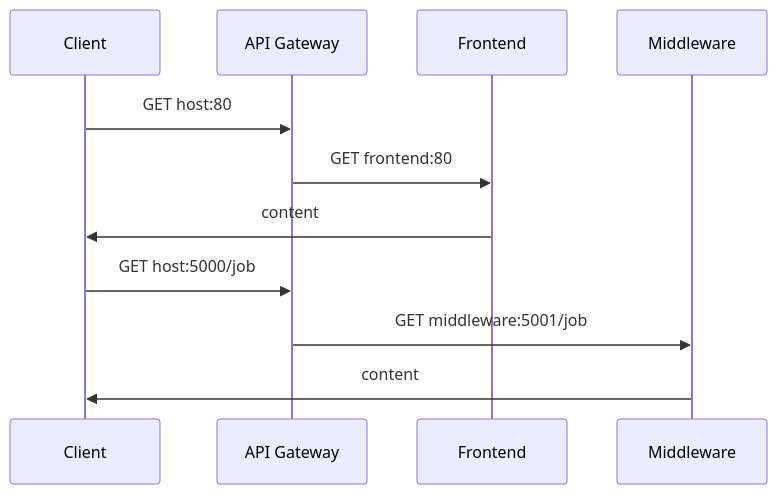
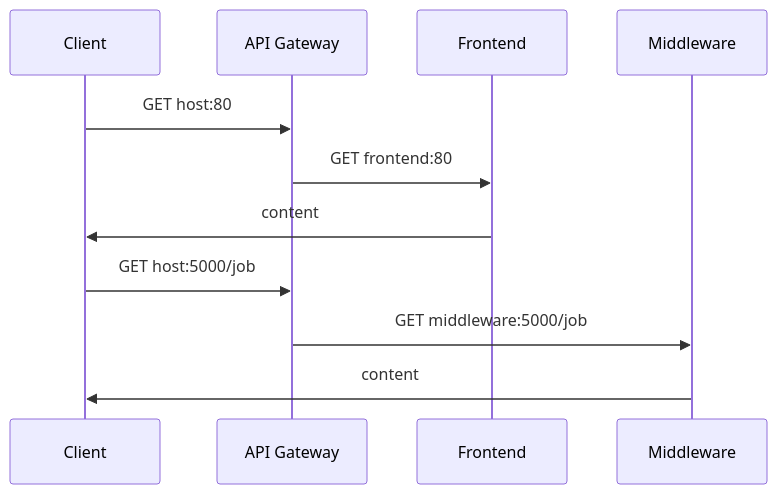
One commit to alan-turing-institute/simulate changed the diagram in docs/gateway.rst. Above: the diagram before and after it, drawn with Mermaid. The commit also changed other lines of this file and 2 other files, not shown here.

```diff
--- a/docs/gateway.rst
+++ b/docs/gateway.rst
@@ -44,13 +44,13 @@
 .. mermaid::
 
     sequenceDiagram
         participant C as Client
         participant G as API Gateway
         participant F as Frontend
         participant M as Middleware
         C ->> G: GET host:80
         G ->> F: GET frontend:80
         F ->> C: content
         C ->> G: GET host:5000/job
-        G ->> M: GET middleware:5001/job
+        G ->> M: GET middleware:5000/job
         M ->> C: content
```
